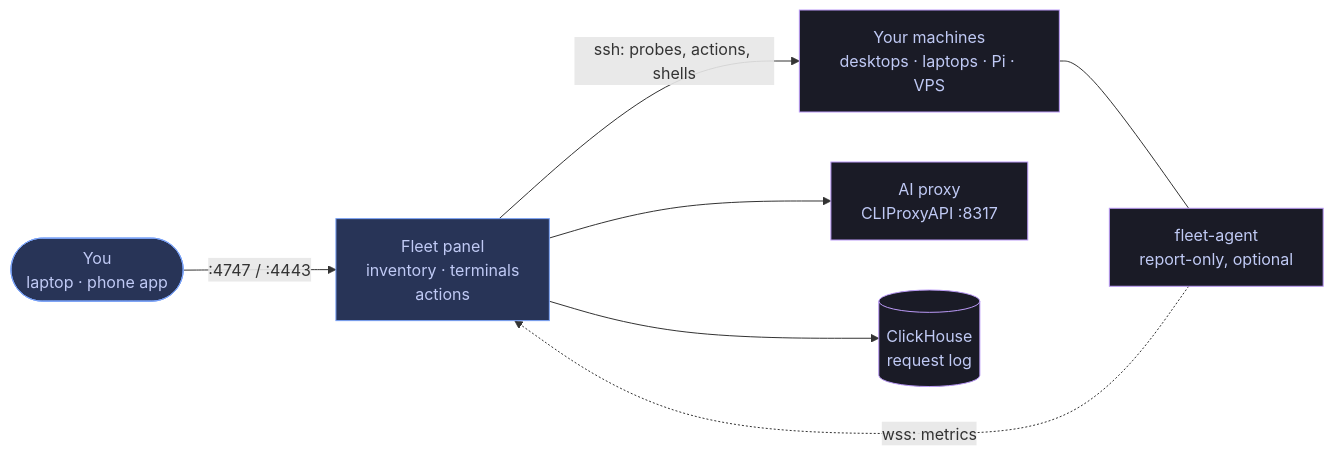
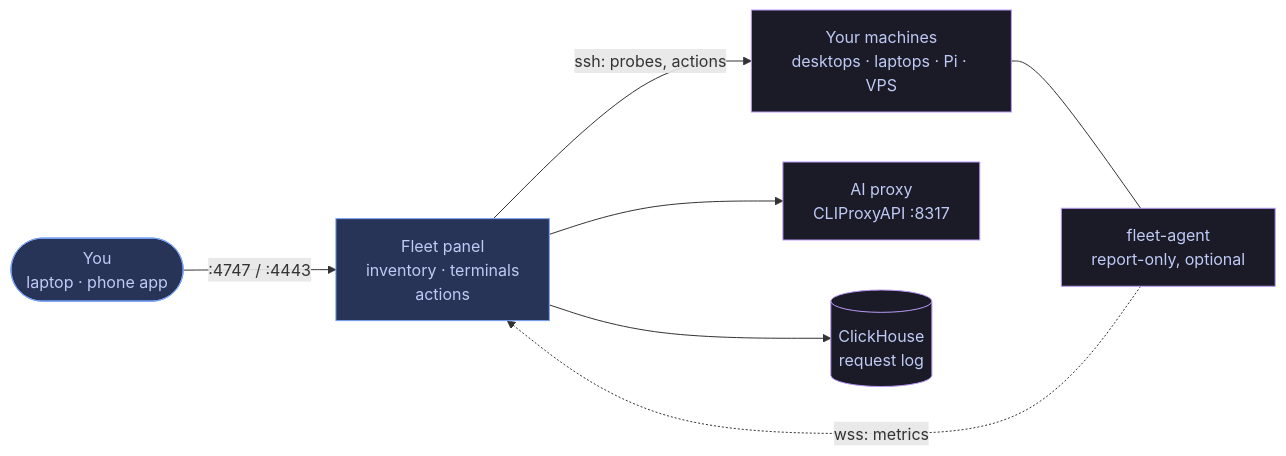
Before and after one commit to johannSo/fleet: the diagram in README.md, drawn with Mermaid. The commit also changed other lines of this file and 45 other files, not shown here.

````diff
--- a/README.md
+++ b/README.md
@@ -145,17 +146,17 @@
 ```mermaid
 flowchart LR
   you(["You<br/>laptop · phone app"]):::accent
   panel["Fleet panel<br/>inventory · terminals<br/>actions"]:::accent
   machines["Your machines<br/>desktops · laptops · Pi · VPS"]:::node
   agent["fleet-agent<br/>report-only, optional"]:::node
   proxy["AI proxy<br/>CLIProxyAPI :8317"]:::node
   ch[("ClickHouse<br/>request log")]:::node
   you -- ":4747 / :4443" --> panel
-  panel -- "ssh: probes, actions, shells" --> machines
+  panel -- "ssh: probes, actions" --> machines
   agent -. "wss: metrics" .-> panel
   machines --- agent
   panel --> proxy
   panel --> ch
   classDef accent fill:#283457,stroke:#7aa2f7,color:#c0caf5
   classDef node fill:#1a1b26,stroke:#bb9af7,color:#c0caf5
 ```
````
